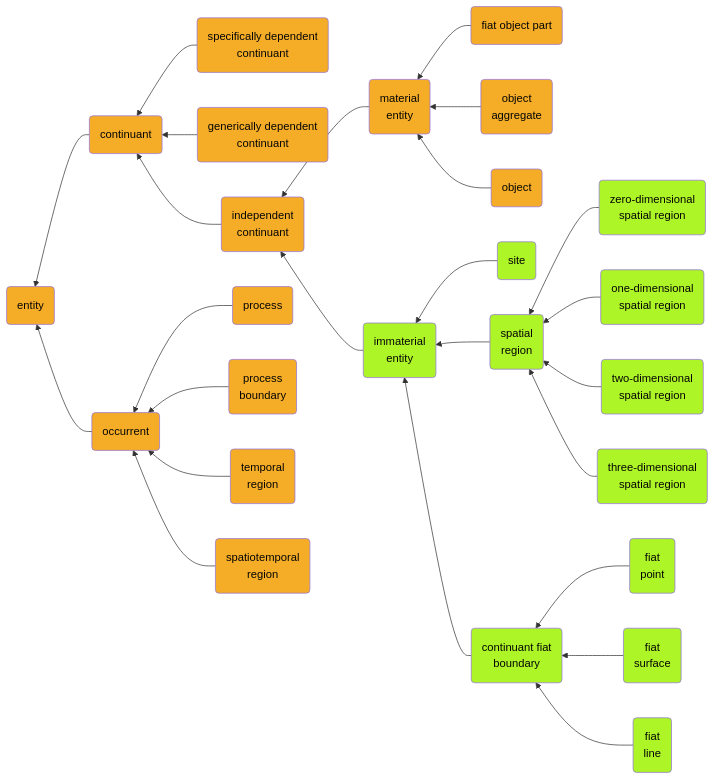
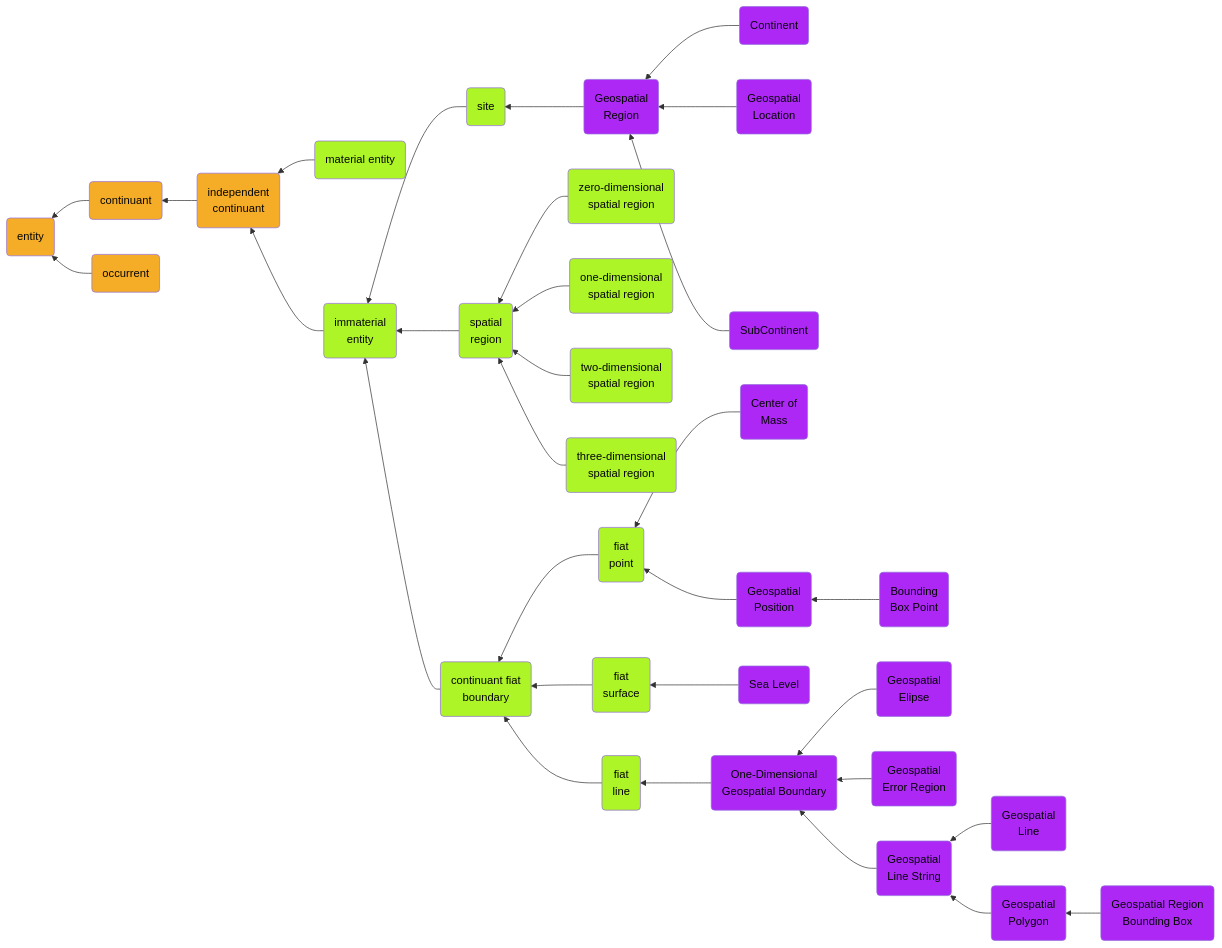
The second of 2 diagrams in README.md (dr-shorthair/BFO-2020), drawn with Mermaid before and after one commit. The commit also changed other lines of this file, not shown here.

Commit message:
Update ontology diagram with CCO GeospatialOntology Module

````diff
--- a/README.md
+++ b/README.md
@@ -84,31 +84,38 @@
 ```mermaid
 graph RL
 	B(continuant):::BFO-->A(entity):::BFO
-	D(specifically dependent<br> continuant):::BFO-->B(continuant):::BFO
-	E(generically dependent<br> continuant):::BFO-->B(continuant):::BFO
 	F(independent<br> continuant):::BFO-->B(continuant):::BFO
 	G(material entity):::IC-->F(independent<br> continuant):::BFO
 	H(immaterial<br> entity):::IC-->F(independent<br> continuant):::BFO
 	O(site):::IC-->H(immaterial<br> entity):::IC
+	O1(Geospatial<br>Region):::GS-->O(site):::IC
+	O11(Continent):::GS-->O1(Geospatial<br>Region):::GS
+	O12(Geospatial<br>Location):::GS-->O1(Geospatial<br>Region):::GS
+	O13(SubContinent):::GS-->O1(Geospatial<br>Region):::GS
 	P(spatial<br> region):::IC-->H(immaterial<br> entity):::IC
 	Q(continuant fiat<br> boundary):::IC-->H(immaterial<br> entity):::IC
 	R(fiat<br> point):::IC-->Q(continuant fiat<br> boundary):::IC
+	R1(Center of<br>Mass):::GS-->R(fiat<br> point):::IC
+	R2(Geospatial<br>Position):::GS-->R(fiat<br> point):::IC
+	R21(Bounding<br>Box Point):::GS-->R2(Geospatial<br>Position):::GS
 	S(fiat<br> surface):::IC-->Q(continuant fiat<br> boundary):::IC
+	S1(Sea Level):::GS-->S(fiat<br> surface):::IC
 	T(fiat<br> line):::IC-->Q(continuant fiat<br> boundary):::IC
+	T1(One-Dimensional<br>Geospatial Boundary):::GS-->T(fiat<br> line):::IC
+	T12(Geospatial<br>Elipse):::GS-->T1(One-Dimensional<br>Geospatial Boundary):::GS
+	T13(Geospatial<br>Error Region):::GS-->T1(One-Dimensional<br>Geospatial Boundary):::GS
+	T14(Geospatial<br>Line String):::GS-->T1(One-Dimensional<br>Geospatial Boundary):::GS
+	T141(Geospatial<br>Line):::GS-->T14(Geospatial<br>Line String):::GS
+	T142(Geospatial<br>Polygon):::GS-->T14(Geospatial<br>Line String):::GS
+	T1421(Geospatial Region<br>Bounding Box):::GS-->T142(Geospatial<br>Polygon):::GS
 	VD(zero-dimensional<br> spatial region):::IC-->P(spatial<br> region):::IC
 	U(one-dimensional<br> spatial region):::IC-->P(spatial<br> region):::IC
 	V(two-dimensional<br> spatial region):::IC-->P(spatial<br> region):::IC
 	W(three-dimensional<br> spatial region):::IC-->P(spatial<br> region):::IC
-	X(fiat object part):::BFO-->G(material<br> entity):::BFO
-	Y(object<br> aggregate):::BFO-->G(material<br> entity):::BFO
-	Z(object):::BFO-->G(material<br> entity):::BFO
 	C(occurrent):::BFO-->A(entity):::BFO
-	AA(process):::BFO-->C(occurrent):::BFO
-	AB(process<br> boundary):::BFO-->C(occurrent)
-	AC(temporal<br> region):::BFO-->C(occurrent)
-	AD(spatiotemporal<br> region):::BFO-->C(occurrent)
 
     classDef BFO fill:#F5AD27,color:#060606
     classDef IC fill:#ADF527,color:#060606
+    classDef GS fill:#AD27F5,color:#060606
 
   ```
````
